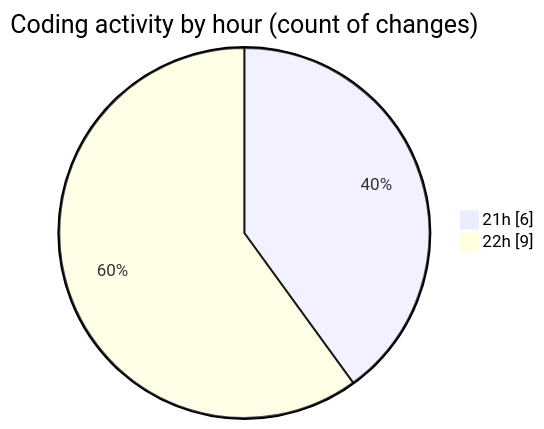
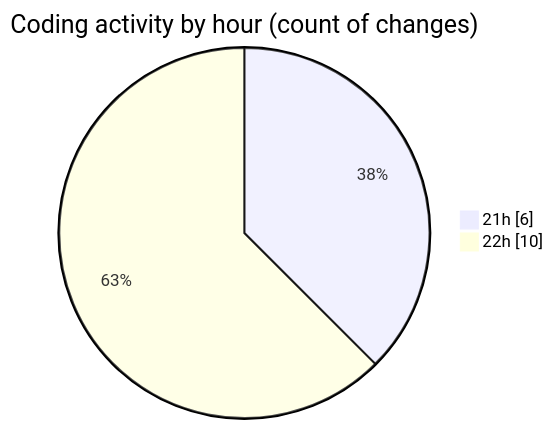
One commit to hasnaa123/code-tracking changed the second of 2 diagrams in 2026-02-17/classes/README.md. Above: the diagram before and after it, drawn with Mermaid. The commit also changed other lines of this file and 1 other file, not shown here.

````diff
--- a/2026-02-17/classes/README.md
+++ b/2026-02-17/classes/README.md
@@ -29,6 +29,6 @@
 ```mermaid
 pie showData
 title Coding activity by hour (count of changes)
 "21h" : 6
-"22h" : 9
+"22h" : 10
 ```
````
